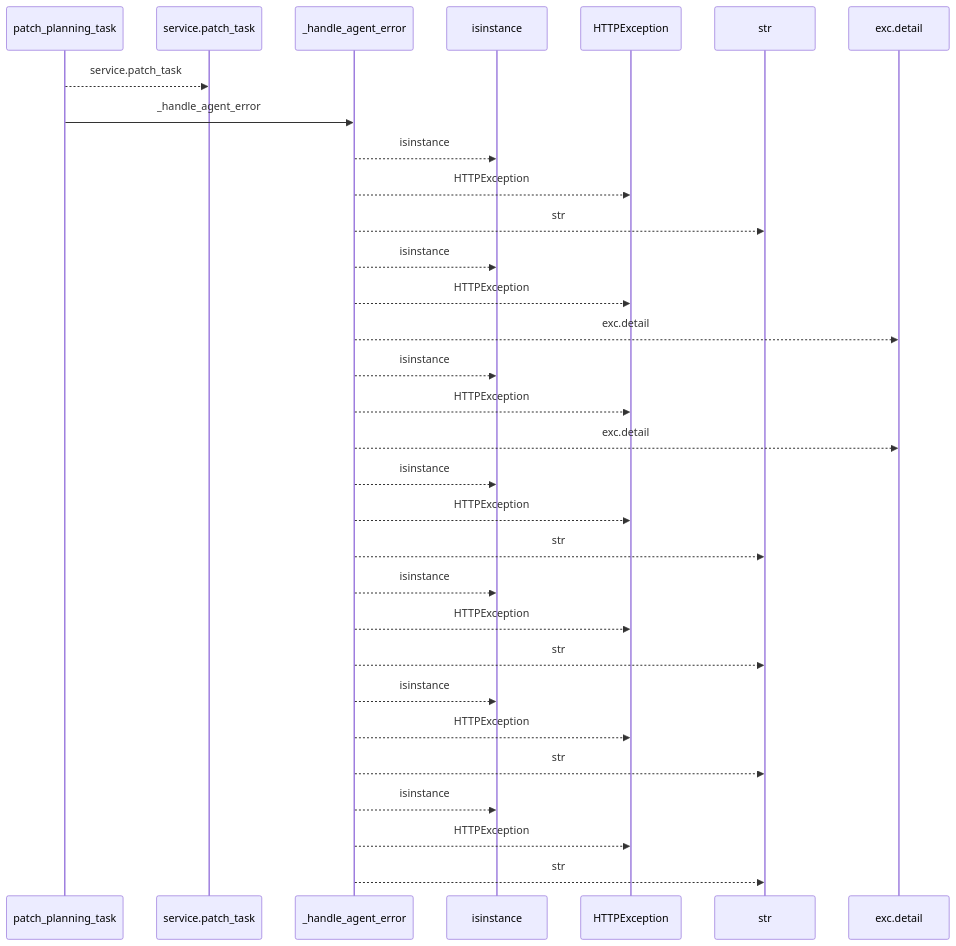
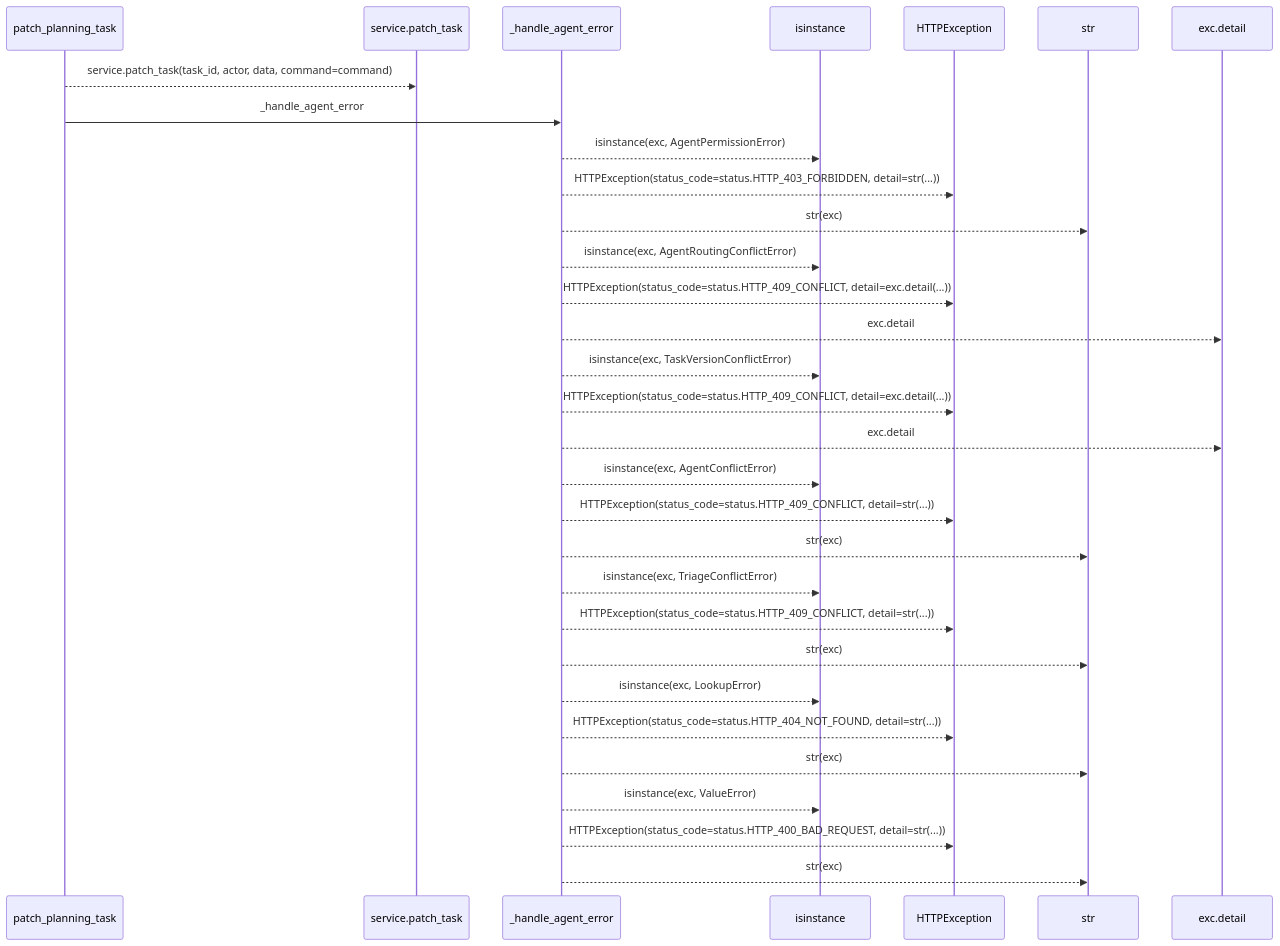
One commit to Denissvgn/WorkChord changed the first of 2 diagrams in docs/llm_wiki/flows/http-patch_planning_task.md. Above: the diagram before and after it, drawn with Mermaid. The commit also changed other lines of this file and 25171 other files, not shown here.

````diff
--- a/docs/llm_wiki/flows/http-patch_planning_task.md
+++ b/docs/llm_wiki/flows/http-patch_planning_task.md
@@ -10,33 +12,33 @@
 ```mermaid
 sequenceDiagram
     participant p0 as patch_planning_task
     participant p1 as service.patch_task
     participant p2 as _handle_agent_error
     participant p3 as isinstance
     participant p4 as HTTPException
     participant p5 as str
     participant p6 as exc.detail
-    p0-->>p1: service.patch_task
+    p0-->>p1: service.patch_task(task_id, actor, data, command=command)
     p0->>p2: _handle_agent_error
-    p2-->>p3: isinstance
-    p2-->>p4: HTTPException
-    p2-->>p5: str
-    p2-->>p3: isinstance
-    p2-->>p4: HTTPException
+    p2-->>p3: isinstance(exc, AgentPermissionError)
+    p2-->>p4: HTTPException(status_code=status.HTTP_403_FORBIDDEN, detail=str(...))
+    p2-->>p5: str(exc)
+    p2-->>p3: isinstance(exc, AgentRoutingConflictError)
+    p2-->>p4: HTTPException(status_code=status.HTTP_409_CONFLICT, detail=exc.detail(...))
     p2-->>p6: exc.detail
-    p2-->>p3: isinstance
-    p2-->>p4: HTTPException
+    p2-->>p3: isinstance(exc, TaskVersionConflictError)
+    p2-->>p4: HTTPException(status_code=status.HTTP_409_CONFLICT, detail=exc.detail(...))
     p2-->>p6: exc.detail
-    p2-->>p3: isinstance
-    p2-->>p4: HTTPException
-    p2-->>p5: str
-    p2-->>p3: isinstance
-    p2-->>p4: HTTPException
-    p2-->>p5: str
-    p2-->>p3: isinstance
-    p2-->>p4: HTTPException
-    p2-->>p5: str
-    p2-->>p3: isinstance
-    p2-->>p4: HTTPException
-    p2-->>p5: str
+    p2-->>p3: isinstance(exc, AgentConflictError)
+    p2-->>p4: HTTPException(status_code=status.HTTP_409_CONFLICT, detail=str(...))
+    p2-->>p5: str(exc)
+    p2-->>p3: isinstance(exc, TriageConflictError)
+    p2-->>p4: HTTPException(status_code=status.HTTP_409_CONFLICT, detail=str(...))
+    p2-->>p5: str(exc)
+    p2-->>p3: isinstance(exc, LookupError)
+    p2-->>p4: HTTPException(status_code=status.HTTP_404_NOT_FOUND, detail=str(...))
+    p2-->>p5: str(exc)
+    p2-->>p3: isinstance(exc, ValueError)
+    p2-->>p4: HTTPException(status_code=status.HTTP_400_BAD_REQUEST, detail=str(...))
+    p2-->>p5: str(exc)
 ```
````
